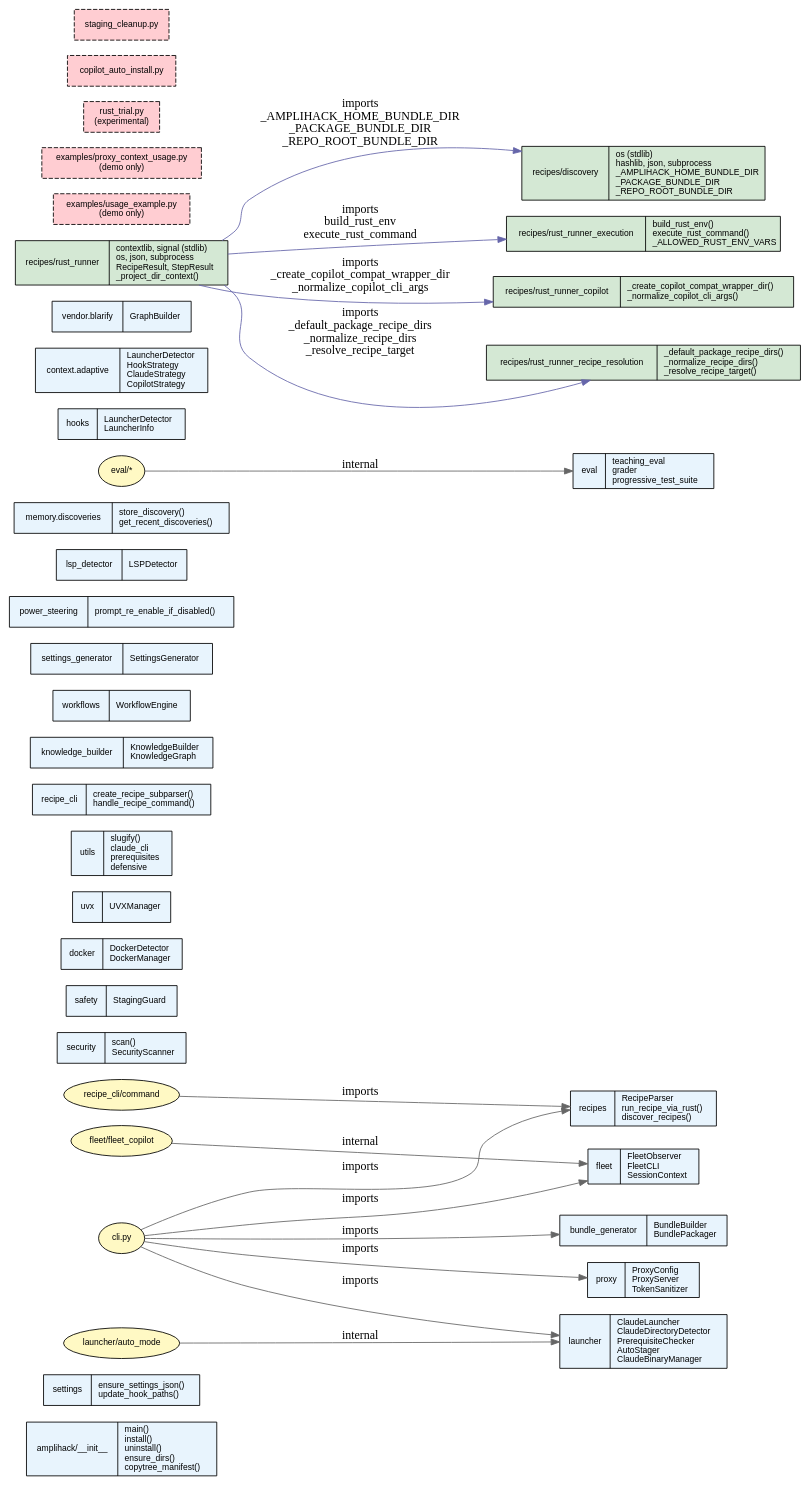
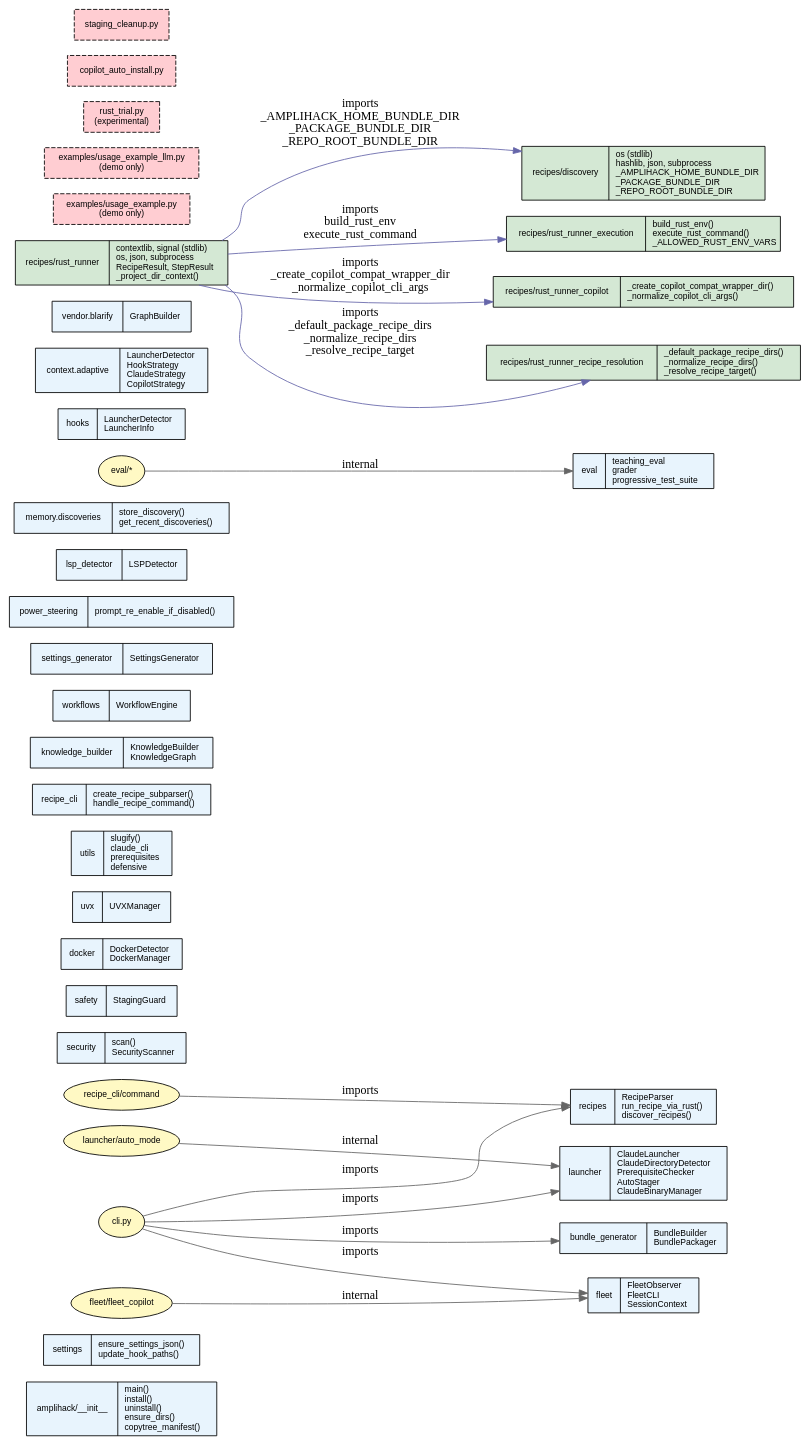
Before and after one commit to rysweet/amplihack: the diagram in docs/atlas/ast-lsp-bindings/ast-lsp-bindings.dot, drawn with Graphviz. The commit also changed 23 other files, not shown here.

```diff
--- a/docs/atlas/ast-lsp-bindings/ast-lsp-bindings.dot
+++ b/docs/atlas/ast-lsp-bindings/ast-lsp-bindings.dot
@@ -1,73 +1,71 @@
 digraph ast_lsp_bindings {
     rankdir=LR;
     fontname="Helvetica";
     node [fontname="Helvetica", fontsize=10];
     edge [color="#666666"];
 
     // Public API nodes as record shapes
     node [shape=record, style="filled", fillcolor="#e8f4fd"];
 
     amplihack [label="{amplihack/__init__|main()\linstall()\luninstall()\lensure_dirs()\lcopytree_manifest()\l}"];
     settings [label="{settings|ensure_settings_json()\lupdate_hook_paths()\l}"];
     launcher [label="{launcher|ClaudeLauncher\lClaudeDirectoryDetector\lPrerequisiteChecker\lAutoStager\lClaudeBinaryManager\l}"];
-    proxy [label="{proxy|ProxyConfig\lProxyServer\lTokenSanitizer\l}"];
     security [label="{security|scan()\lSecurityScanner\l}"];
     safety [label="{safety|StagingGuard\l}"];
     docker [label="{docker|DockerDetector\lDockerManager\l}"];
     uvx [label="{uvx|UVXManager\l}"];
     utils [label="{utils|slugify()\lclaude_cli\lprerequisites\ldefensive\l}"];
     recipes [label="{recipes|RecipeParser\lrun_recipe_via_rust()\ldiscover_recipes()\l}"];
     recipe_cli [label="{recipe_cli|create_recipe_subparser()\lhandle_recipe_command()\l}"];
     fleet [label="{fleet|FleetObserver\lFleetCLI\lSessionContext\l}"];
     knowledge [label="{knowledge_builder|KnowledgeBuilder\lKnowledgeGraph\l}"];
     bundle [label="{bundle_generator|BundleBuilder\lBundlePackager\l}"];
     workflows [label="{workflows|WorkflowEngine\l}"];
     settings_gen [label="{settings_generator|SettingsGenerator\l}"];
     power [label="{power_steering|prompt_re_enable_if_disabled()\l}"];
     lsp [label="{lsp_detector|LSPDetector\l}"];
     memory [label="{memory.discoveries|store_discovery()\lget_recent_discoveries()\l}"];
     eval_pkg [label="{eval|teaching_eval\lgrader\lprogressive_test_suite\l}"];
     hooks [label="{hooks|LauncherDetector\lLauncherInfo\l}"];
     context [label="{context.adaptive|LauncherDetector\lHookStrategy\lClaudeStrategy\lCopilotStrategy\l}"];
     vendor [label="{vendor.blarify|GraphBuilder\l}"];
 
     // Cross-package imports
     node [shape=ellipse, style="filled", fillcolor="#fff9c4"];
     cli [label="cli.py"];
     auto_mode [label="launcher/auto_mode"];
     fleet_copilot [label="fleet/fleet_copilot"];
     recipe_cmd [label="recipe_cli/command"];
     eval_harness [label="eval/*"];
 
     cli -> launcher [label="imports"];
-    cli -> proxy [label="imports"];
     cli -> fleet [label="imports"];
     cli -> recipes [label="imports"];
     cli -> bundle [label="imports"];
 
     auto_mode -> launcher [label="internal"];
     fleet_copilot -> fleet [label="internal"];
     recipe_cmd -> recipes [label="imports"];
     eval_harness -> eval_pkg [label="internal"];
 
     // Intra-module: recipes/rust_runner -> recipes/discovery
     node [shape=record, style="filled", fillcolor="#d4e8d4"];
     rust_runner [label="{recipes/rust_runner|contextlib, signal (stdlib)\los, json, subprocess\lRecipeResult, StepResult\l_project_dir_context()\l}"];
     discovery_mod [label="{recipes/discovery|os (stdlib)\lhashlib, json, subprocess\l_AMPLIHACK_HOME_BUNDLE_DIR\l_PACKAGE_BUNDLE_DIR\l_REPO_ROOT_BUNDLE_DIR\l}"];
 
     rust_runner_exec [label="{recipes/rust_runner_execution|build_rust_env()\lexecute_rust_command()\l_ALLOWED_RUST_ENV_VARS\l}"];
     rust_runner_copilot [label="{recipes/rust_runner_copilot|_create_copilot_compat_wrapper_dir()\l_normalize_copilot_cli_args()\l}"];
     rust_runner_resolution [label="{recipes/rust_runner_recipe_resolution|_default_package_recipe_dirs()\l_normalize_recipe_dirs()\l_resolve_recipe_target()\l}"];
 
     rust_runner -> discovery_mod [label="imports\n_AMPLIHACK_HOME_BUNDLE_DIR\n_PACKAGE_BUNDLE_DIR\n_REPO_ROOT_BUNDLE_DIR", color="#6666aa"]; // pragma: allowlist secret
     rust_runner -> rust_runner_exec [label="imports\nbuild_rust_env\nexecute_rust_command", color="#6666aa"];
     rust_runner -> rust_runner_copilot [label="imports\n_create_copilot_compat_wrapper_dir\n_normalize_copilot_cli_args", color="#6666aa"];
     rust_runner -> rust_runner_resolution [label="imports\n_default_package_recipe_dirs\n_normalize_recipe_dirs\n_resolve_recipe_target", color="#6666aa"];
     // Dead code candidates
     node [shape=box, style="dashed,filled", fillcolor="#ffcdd2"];
     dead1 [label="examples/usage_example.py\n(demo only)"];
-    dead2 [label="examples/proxy_context_usage.py\n(demo only)"];
+    dead2 [label="examples/usage_example_llm.py\n(demo only)"];
     dead3 [label="rust_trial.py\n(experimental)"];
     dead4 [label="copilot_auto_install.py"];
     dead5 [label="staging_cleanup.py"];
 }
```
